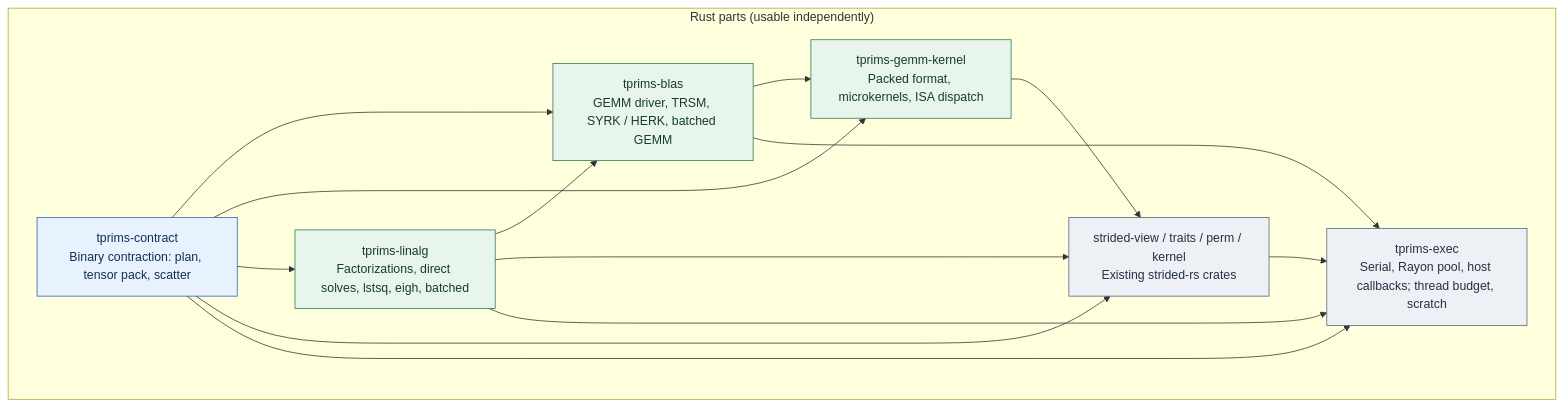
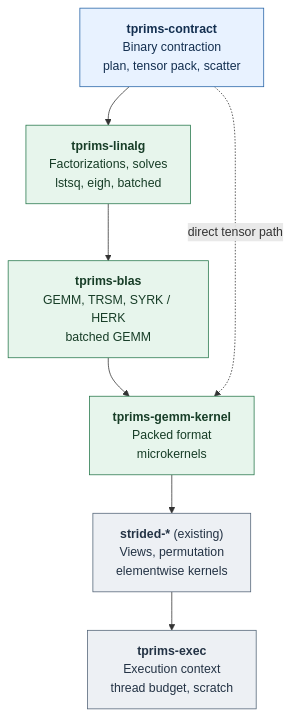
One commit to shinaoka/tensoralgebra-rs changed the first of 2 diagrams in README.md. Above: the diagram before and after it, drawn with Mermaid. The commit also changed other lines of this file, not shown here.

Commit message:
Make the parts diagram vertical and readable
Draw only the nearest dependency of each part plus the direct tensor
path, and point to the full dependency list.

````diff
--- a/README.md
+++ b/README.md
@@ -26,29 +29,17 @@
 ```mermaid
 flowchart TB
-    subgraph R["Rust parts (usable independently)"]
-        CT["tprims-contract<br/>Binary contraction: plan, tensor pack, scatter"]
-        LA["tprims-linalg<br/>Factorizations, direct solves, lstsq, eigh, batched"]
-        BL["tprims-blas<br/>GEMM driver, TRSM, SYRK / HERK, batched GEMM"]
-        GK["tprims-gemm-kernel<br/>Packed format, microkernels, ISA dispatch"]
-        ST["strided-view / traits / perm / kernel<br/>Existing strided-rs crates"]
-        EX["tprims-exec<br/>Serial, Rayon pool, host callbacks; thread budget, scratch"]
-    end
-    CT --> BL
-    CT --> GK
-    CT --> LA
-    CT --> ST
-    LA --> BL
-    LA --> ST
-    BL --> GK
-    GK --> ST
-    BL --> EX
-    LA --> EX
-    CT --> EX
-    ST --> EX
+    CT["<b>tprims-contract</b><br/>Binary contraction<br/>plan, tensor pack, scatter"]
+    LA["<b>tprims-linalg</b><br/>Factorizations, solves<br/>lstsq, eigh, batched"]
+    BL["<b>tprims-blas</b><br/>GEMM, TRSM, SYRK / HERK<br/>batched GEMM"]
+    GK["<b>tprims-gemm-kernel</b><br/>Packed format<br/>microkernels"]
+    ST["<b>strided-*</b> (existing)<br/>Views, permutation<br/>elementwise kernels"]
+    EX["<b>tprims-exec</b><br/>Execution context<br/>thread budget, scratch"]
+    CT --> LA --> BL --> GK --> ST --> EX
+    CT -.->|"direct tensor path"| GK
     classDef tensor fill:#e8f2ff,stroke:#2563a6,color:#132f50
     classDef matrix fill:#e7f5ec,stroke:#28784c,color:#173d27
     classDef base fill:#edf0f4,stroke:#536477,color:#233244
     class CT tensor
     class LA,BL,GK matrix
     class ST,EX base
 ```
````
